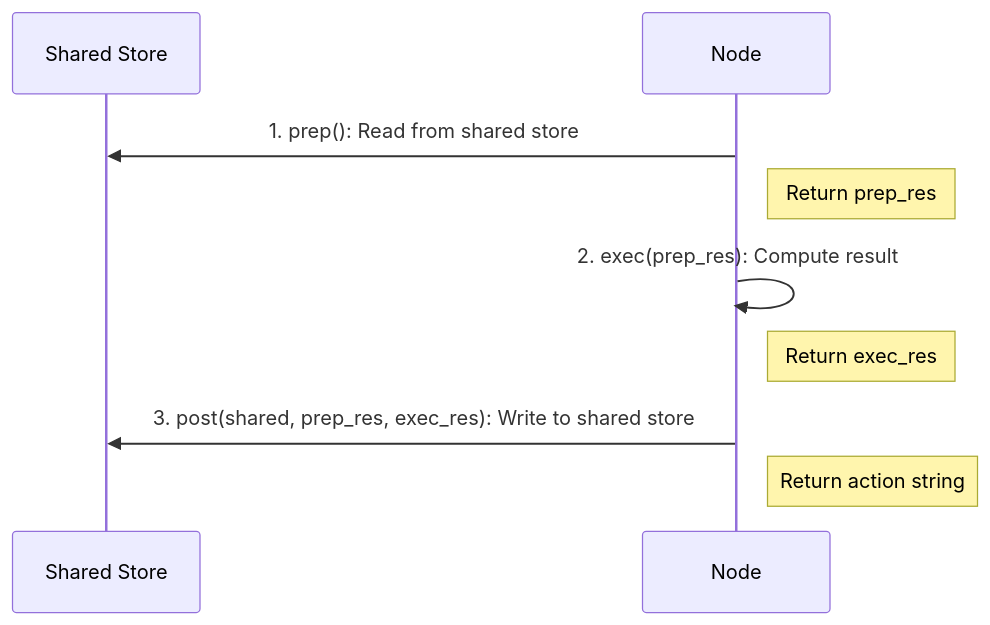
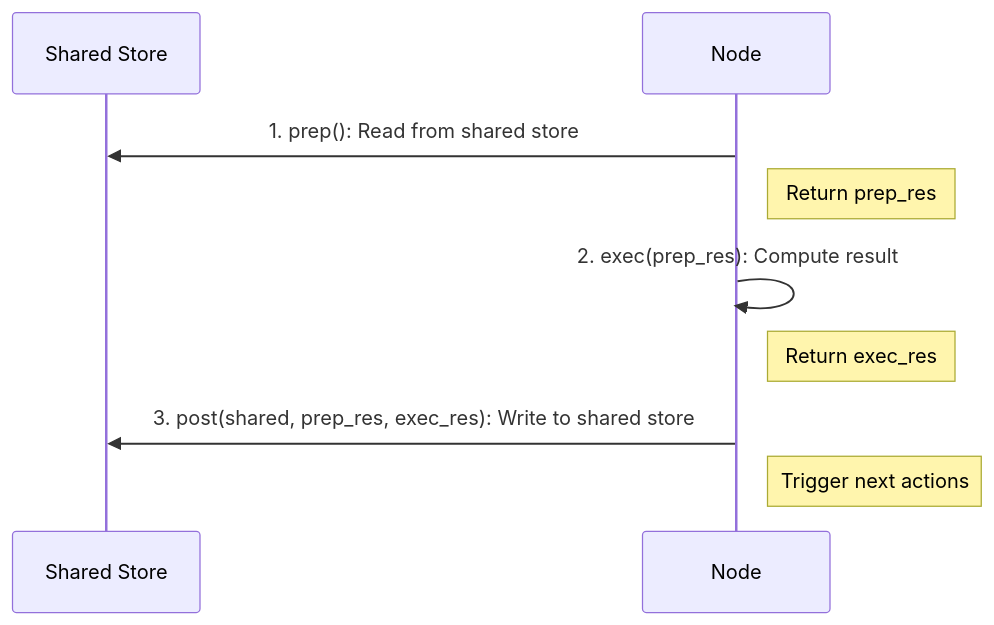
One commit to skadaai/caskada changed the diagram in docs/core_abstraction/node.md. Above: the diagram before and after it, drawn with Mermaid. The commit also changed other lines of this file and 11 other files, not shown here.

````diff
--- a/docs/core_abstraction/node.md
+++ b/docs/core_abstraction/node.md
@@ -46,14 +46,14 @@
 ```mermaid
 sequenceDiagram
     participant S as Shared Store
     participant N as Node
 
     N->>S: 1. prep(): Read from shared store
     Note right of N: Return prep_res
 
     N->>N: 2. exec(prep_res): Compute result
     Note right of N: Return exec_res
 
     N->>S: 3. post(shared, prep_res, exec_res): Write to shared store
-    Note right of N: Return action string
+    Note right of N: Trigger next actions
 ```
````
